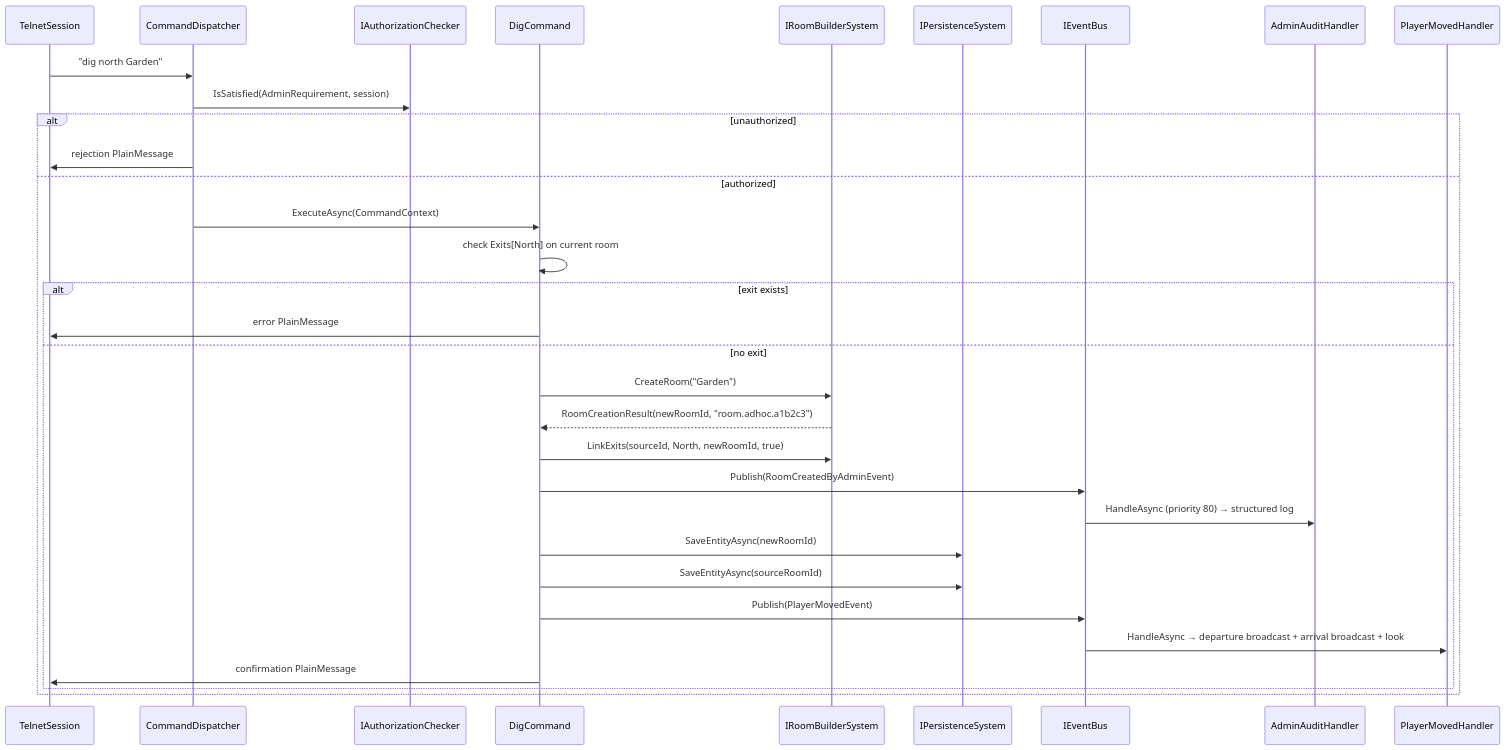
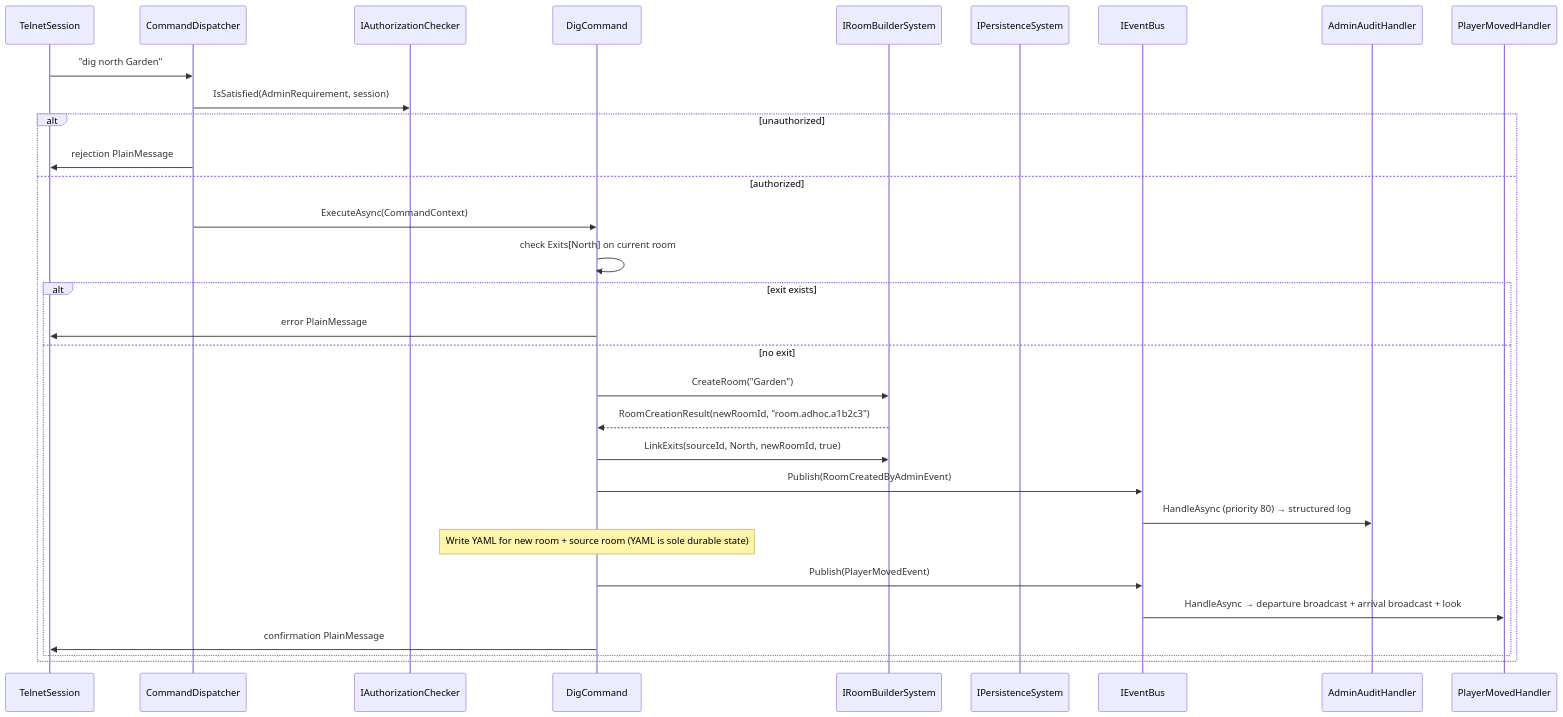
One commit to dmbyer/Hedron changed the diagram in docs/architecture/flows/flow-08-admin-room-creation.md. Above: the diagram before and after it, drawn with Mermaid. The commit also changed other lines of this file and 51 other files, not shown here.

````diff
--- a/docs/architecture/flows/flow-08-admin-room-creation.md
+++ b/docs/architecture/flows/flow-08-admin-room-creation.md
@@ -9,35 +9,34 @@
 ```mermaid
 sequenceDiagram
     participant Sess as TelnetSession
     participant CD as CommandDispatcher
     participant Auth as IAuthorizationChecker
     participant Cmd as DigCommand
     participant RBS as IRoomBuilderSystem
     participant PSys as IPersistenceSystem
     participant Bus as IEventBus
     participant Audit as AdminAuditHandler
     participant PMH as PlayerMovedHandler
 
     Sess->>CD: "dig north Garden"
     CD->>Auth: IsSatisfied(AdminRequirement, session)
     alt unauthorized
         CD->>Sess: rejection PlainMessage
     else authorized
         CD->>Cmd: ExecuteAsync(CommandContext)
         Cmd->>Cmd: check Exits[North] on current room
         alt exit exists
             Cmd->>Sess: error PlainMessage
         else no exit
             Cmd->>RBS: CreateRoom("Garden")
             RBS-->>Cmd: RoomCreationResult(newRoomId, "room.adhoc.a1b2c3")
             Cmd->>RBS: LinkExits(sourceId, North, newRoomId, true)
             Cmd->>Bus: Publish(RoomCreatedByAdminEvent)
             Bus->>Audit: HandleAsync (priority 80) → structured log
-            Cmd->>PSys: SaveEntityAsync(newRoomId)
-            Cmd->>PSys: SaveEntityAsync(sourceRoomId)
+            Note over Cmd: Write YAML for new room + source room (YAML is sole durable state)
             Cmd->>Bus: Publish(PlayerMovedEvent)
             Bus->>PMH: HandleAsync → departure broadcast + arrival broadcast + look
             Cmd->>Sess: confirmation PlainMessage
         end
     end
 ```
````
